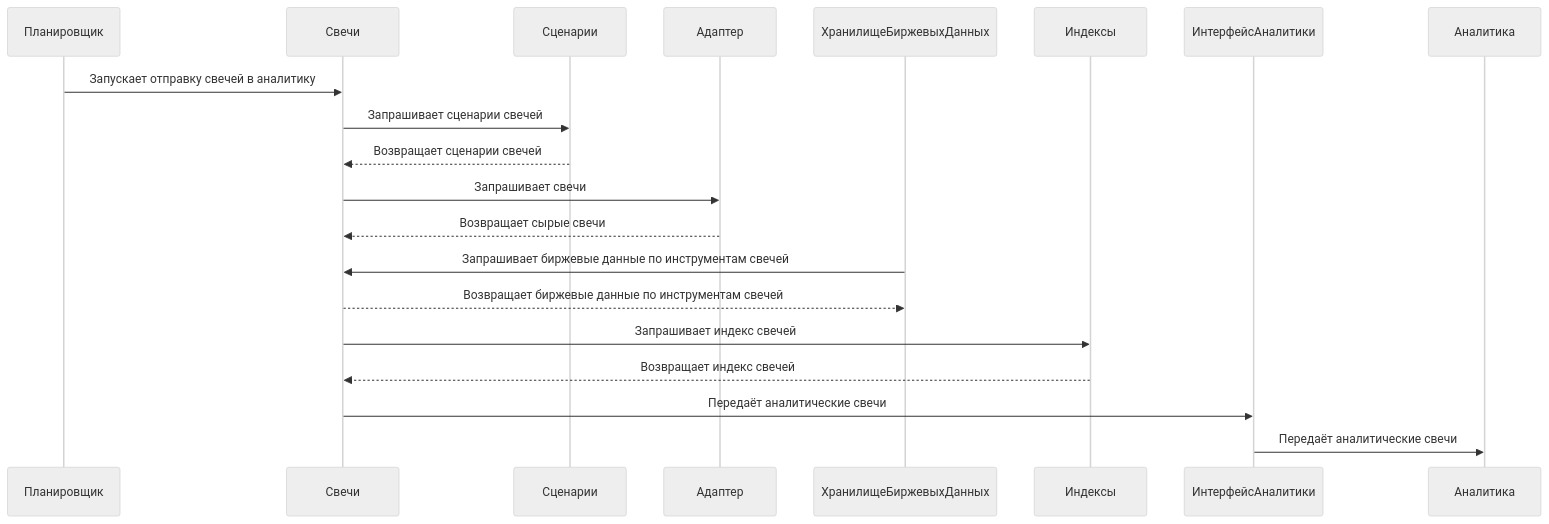
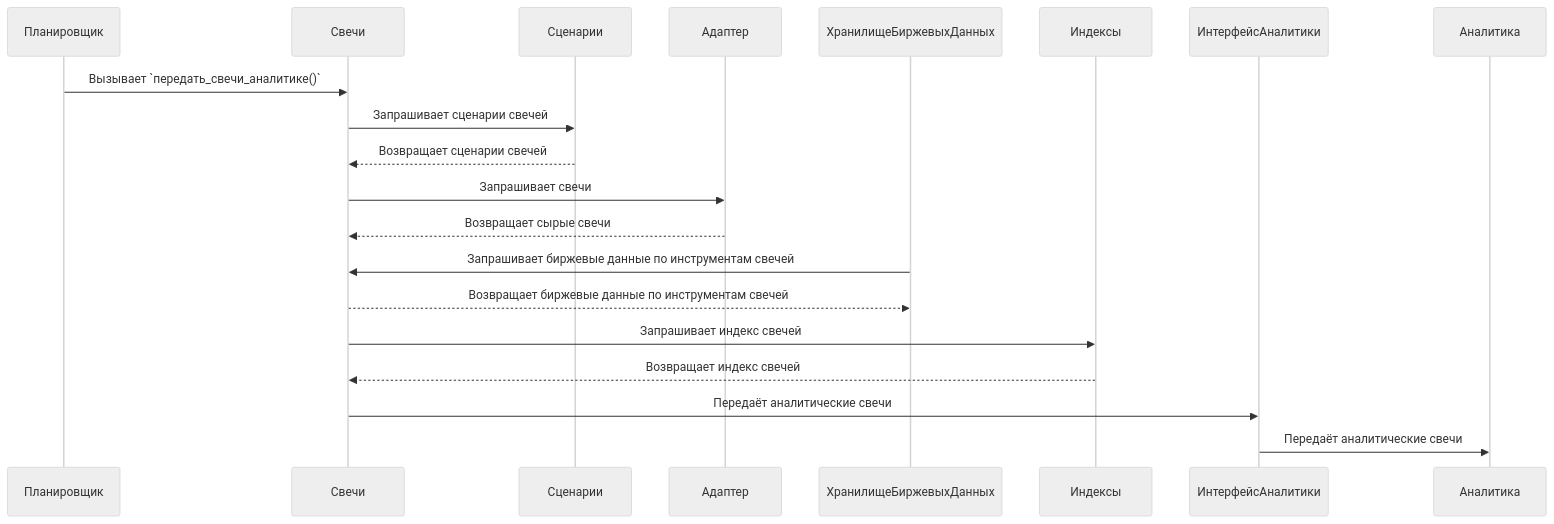
One commit to Marat22/MiriadRobotDocs changed diagram 11 of 15 in controller-logic.md. Above: the diagram before and after it, drawn with Mermaid (neutral theme). The commit also changed other lines of this file, not shown here.

````diff
--- a/controller-logic.md
+++ b/controller-logic.md
@@ -322,14 +323,14 @@
 ```mermaid
 sequenceDiagram
-    Планировщик->>Свечи: Запускает отправку свечей в аналитику
+    Планировщик->>Свечи: Вызывает `передать_свечи_аналитике()`
     Свечи->>Сценарии: Запрашивает сценарии свечей
     Сценарии-->>Свечи: Возвращает сценарии свечей
     Свечи->>Адаптер: Запрашивает свечи
     Адаптер-->>Свечи: Возвращает сырые свечи
     ХранилищеБиржевыхДанных->>Свечи: Запрашивает биржевые данные по инструментам свечей
     Свечи-->>ХранилищеБиржевыхДанных: Возвращает биржевые данные по инструментам свечей
     Свечи->>Индексы: Запрашивает индекс свечей
     Индексы-->>Свечи: Возвращает индекс свечей
     Свечи->>ИнтерфейсАналитики: Передаёт аналитические свечи
     ИнтерфейсАналитики->>Аналитика: Передаёт аналитические свечи
 ``` 
````
